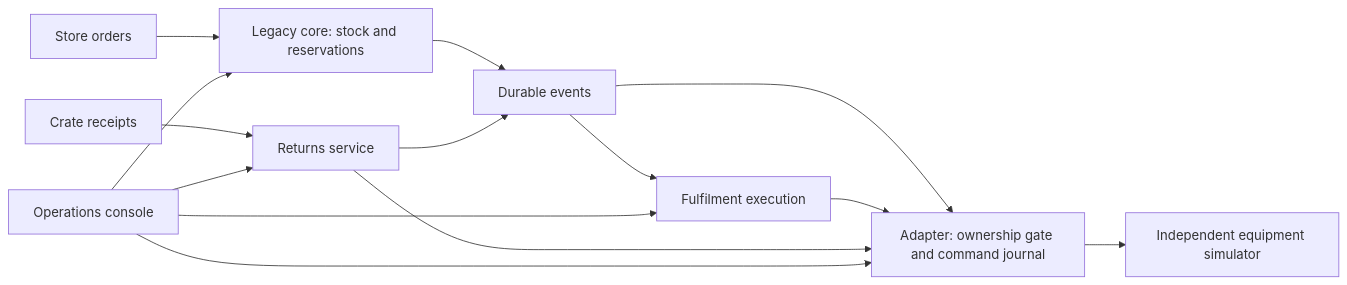
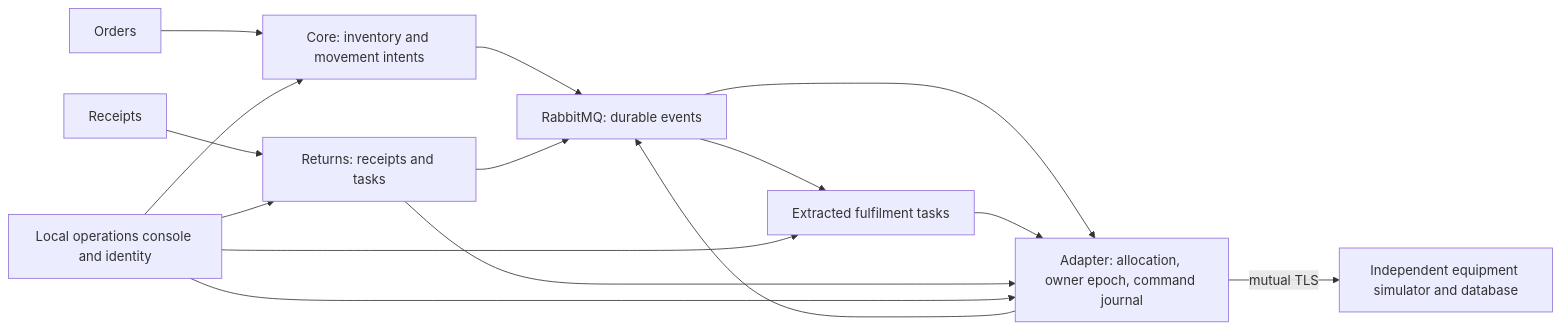
The diagram in README.md (fullstack-nick/cutover), drawn with Mermaid before and after one commit. The commit also changed other lines of this file and 29 other files, not shown here.

````diff
--- a/README.md
+++ b/README.md
@@ -24,16 +26,17 @@
 ```mermaid
 flowchart LR
-  Orders[Store orders] --> Core[Legacy core: stock and reservations]
-  Core --> MQ[Durable events]
-  MQ --> Execution[Fulfilment execution]
-  Receipts[Crate receipts] --> Returns[Returns service]
-  Returns --> MQ
-  MQ --> Adapter[Adapter: ownership gate and command journal]
+  Orders --> Core[Core: inventory and movement intents]
+  Core --> Broker[RabbitMQ: durable events]
+  Broker --> Execution[Extracted fulfilment tasks]
+  Receipts --> Returns[Returns: receipts and tasks]
+  Returns --> Broker
+  Broker --> Adapter[Adapter: allocation, owner epoch, command journal]
+  Adapter --> Broker
   Execution --> Adapter
   Returns --> Adapter
-  Adapter --> Simulator[Independent equipment simulator]
-  UI[Operations console] --> Core
+  Adapter -- mutual TLS --> Simulator[Independent equipment simulator and database]
+  UI[Local operations console and identity] --> Core
   UI --> Execution
   UI --> Returns
   UI --> Adapter
 ```
````
